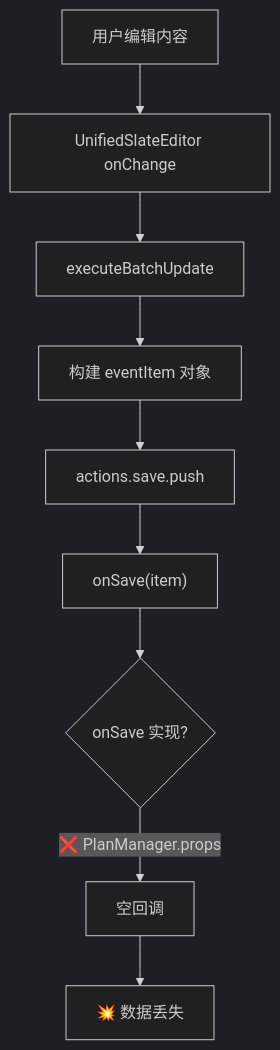
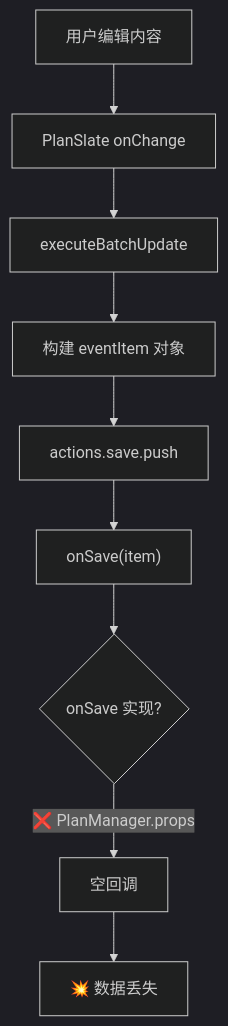
The diagram in PLAN_PAGE_DATA_ISSUES_DIAGNOSIS.md (zoeysnowy/ReMarkable), drawn with Mermaid (dark theme) before and after one commit. The commit also changed 100 other files, not shown here.

Commit message:
refactor: 重构Slate编辑器架构 - LightSlateEditorModalSlate, UnifiedSlateEditorPlanSlate，统一PRD文档

````diff
--- a/PLAN_PAGE_DATA_ISSUES_DIAGNOSIS.md
+++ b/PLAN_PAGE_DATA_ISSUES_DIAGNOSIS.md
@@ -35,11 +35,11 @@
 ```mermaid
 graph TB
-    A[用户编辑内容] --> B[UnifiedSlateEditor onChange]
+    A[用户编辑内容] --> B[PlanSlate onChange]
     B --> C[executeBatchUpdate]
     C --> D[构建 eventItem 对象]
     D --> E[actions.save.push]
     E --> F["onSave(item)"]
     F --> G{onSave 实现?}
     G -->|❌ PlanManager.props| H[空回调]
     H --> I[💥 数据丢失]
 ```
````
